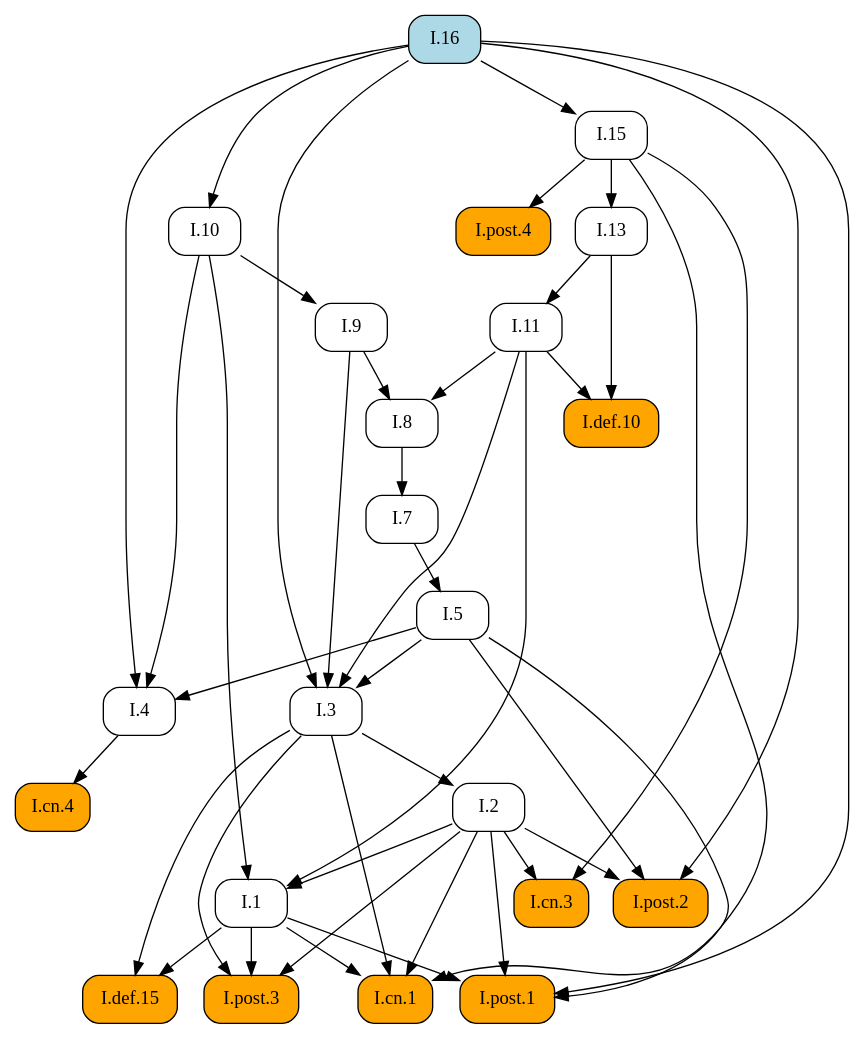
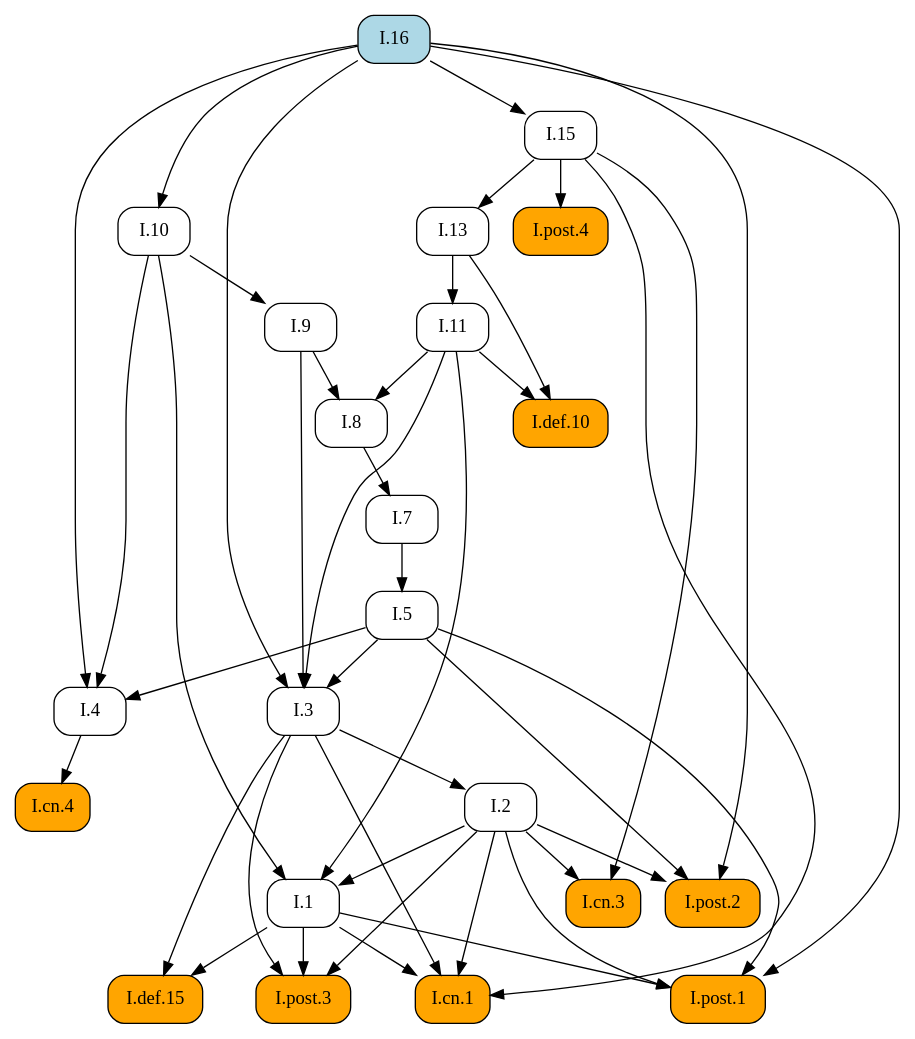
One commit to geometor/elements changed the diagram in docsrc/heath/I/16/index.rst. Above: the diagram before and after it, drawn with Graphviz. The commit also changed other lines of this file and 1029 other files, not shown here.

```diff
--- a/docsrc/heath/I/16/index.rst
+++ b/docsrc/heath/I/16/index.rst
@@ -88,70 +88,70 @@
 .. graphviz::
 
    digraph {
      rankdir="TB";
      node [shape=box, style=rounded];
+     "I.def.10" [style="rounded,filled", fillcolor=orange, URL="/heath/I/def.10/", target="_top"];
+     "I.11" [URL="/heath/I/11/", target="_top"];
+     "I.post.4" [style="rounded,filled", fillcolor=orange, URL="/heath/I/post.4/", target="_top"];
+     "I.1" [URL="/heath/I/1/", target="_top"];
+     "I.7" [URL="/heath/I/7/", target="_top"];
+     "I.3" [URL="/heath/I/3/", target="_top"];
+     "I.2" [URL="/heath/I/2/", target="_top"];
+     "I.4" [URL="/heath/I/4/", target="_top"];
      "I.13" [URL="/heath/I/13/", target="_top"];
+     "I.post.2" [style="rounded,filled", fillcolor=orange, URL="/heath/I/post.2/", target="_top"];
+     "I.16" [style="rounded,filled", fillcolor=lightblue, URL="/heath/I/16/", target="_top"];
+     "I.def.15" [style="rounded,filled", fillcolor=orange, URL="/heath/I/def.15/", target="_top"];
+     "I.9" [URL="/heath/I/9/", target="_top"];
+     "I.post.3" [style="rounded,filled", fillcolor=orange, URL="/heath/I/post.3/", target="_top"];
+     "I.cn.1" [style="rounded,filled", fillcolor=orange, URL="/heath/I/cn.1/", target="_top"];
      "I.cn.3" [style="rounded,filled", fillcolor=orange, URL="/heath/I/cn.3/", target="_top"];
-     "I.5" [URL="/heath/I/5/", target="_top"];
-     "I.11" [URL="/heath/I/11/", target="_top"];
-     "I.7" [URL="/heath/I/7/", target="_top"];
-     "I.10" [URL="/heath/I/10/", target="_top"];
-     "I.4" [URL="/heath/I/4/", target="_top"];
-     "I.3" [URL="/heath/I/3/", target="_top"];
-     "I.16" [style="rounded,filled", fillcolor=lightblue, URL="/heath/I/16/", target="_top"];
      "I.8" [URL="/heath/I/8/", target="_top"];
-     "I.9" [URL="/heath/I/9/", target="_top"];
-     "I.def.10" [style="rounded,filled", fillcolor=orange, URL="/heath/I/def.10/", target="_top"];
-     "I.post.4" [style="rounded,filled", fillcolor=orange, URL="/heath/I/post.4/", target="_top"];
-     "I.post.2" [style="rounded,filled", fillcolor=orange, URL="/heath/I/post.2/", target="_top"];
-     "I.2" [URL="/heath/I/2/", target="_top"];
-     "I.def.15" [style="rounded,filled", fillcolor=orange, URL="/heath/I/def.15/", target="_top"];
-     "I.1" [URL="/heath/I/1/", target="_top"];
-     "I.post.3" [style="rounded,filled", fillcolor=orange, URL="/heath/I/post.3/", target="_top"];
-     "I.post.1" [style="rounded,filled", fillcolor=orange, URL="/heath/I/post.1/", target="_top"];
      "I.cn.4" [style="rounded,filled", fillcolor=orange, URL="/heath/I/cn.4/", target="_top"];
      "I.15" [URL="/heath/I/15/", target="_top"];
-     "I.cn.1" [style="rounded,filled", fillcolor=orange, URL="/heath/I/cn.1/", target="_top"];
-     "I.15" -> "I.13";
-     "I.2" -> "I.cn.3";
-     "I.15" -> "I.cn.3";
-     "I.7" -> "I.5";
+     "I.post.1" [style="rounded,filled", fillcolor=orange, URL="/heath/I/post.1/", target="_top"];
+     "I.10" [URL="/heath/I/10/", target="_top"];
+     "I.5" [URL="/heath/I/5/", target="_top"];
+     "I.11" -> "I.def.10";
+     "I.13" -> "I.def.10";
      "I.13" -> "I.11";
+     "I.15" -> "I.post.4";
+     "I.2" -> "I.1";
+     "I.10" -> "I.1";
+     "I.11" -> "I.1";
      "I.8" -> "I.7";
-     "I.16" -> "I.10";
-     "I.5" -> "I.4";
-     "I.10" -> "I.4";
-     "I.16" -> "I.4";
      "I.5" -> "I.3";
      "I.9" -> "I.3";
      "I.11" -> "I.3";
      "I.16" -> "I.3";
-     "I.9" -> "I.8";
-     "I.11" -> "I.8";
-     "I.10" -> "I.9";
-     "I.11" -> "I.def.10";
-     "I.13" -> "I.def.10";
-     "I.15" -> "I.post.4";
+     "I.3" -> "I.2";
+     "I.5" -> "I.4";
+     "I.10" -> "I.4";
+     "I.16" -> "I.4";
+     "I.15" -> "I.13";
      "I.2" -> "I.post.2";
      "I.5" -> "I.post.2";
      "I.16" -> "I.post.2";
-     "I.3" -> "I.2";
      "I.1" -> "I.def.15";
      "I.3" -> "I.def.15";
-     "I.2" -> "I.1";
-     "I.10" -> "I.1";
-     "I.11" -> "I.1";
+     "I.10" -> "I.9";
      "I.1" -> "I.post.3";
      "I.2" -> "I.post.3";
      "I.3" -> "I.post.3";
+     "I.1" -> "I.cn.1";
+     "I.2" -> "I.cn.1";
+     "I.3" -> "I.cn.1";
+     "I.15" -> "I.cn.1";
+     "I.2" -> "I.cn.3";
+     "I.15" -> "I.cn.3";
+     "I.9" -> "I.8";
+     "I.11" -> "I.8";
+     "I.4" -> "I.cn.4";
+     "I.16" -> "I.15";
      "I.1" -> "I.post.1";
      "I.2" -> "I.post.1";
      "I.5" -> "I.post.1";
      "I.16" -> "I.post.1";
-     "I.4" -> "I.cn.4";
-     "I.16" -> "I.15";
-     "I.1" -> "I.cn.1";
-     "I.2" -> "I.cn.1";
-     "I.3" -> "I.cn.1";
-     "I.15" -> "I.cn.1";
+     "I.16" -> "I.10";
+     "I.7" -> "I.5";
    }
```
